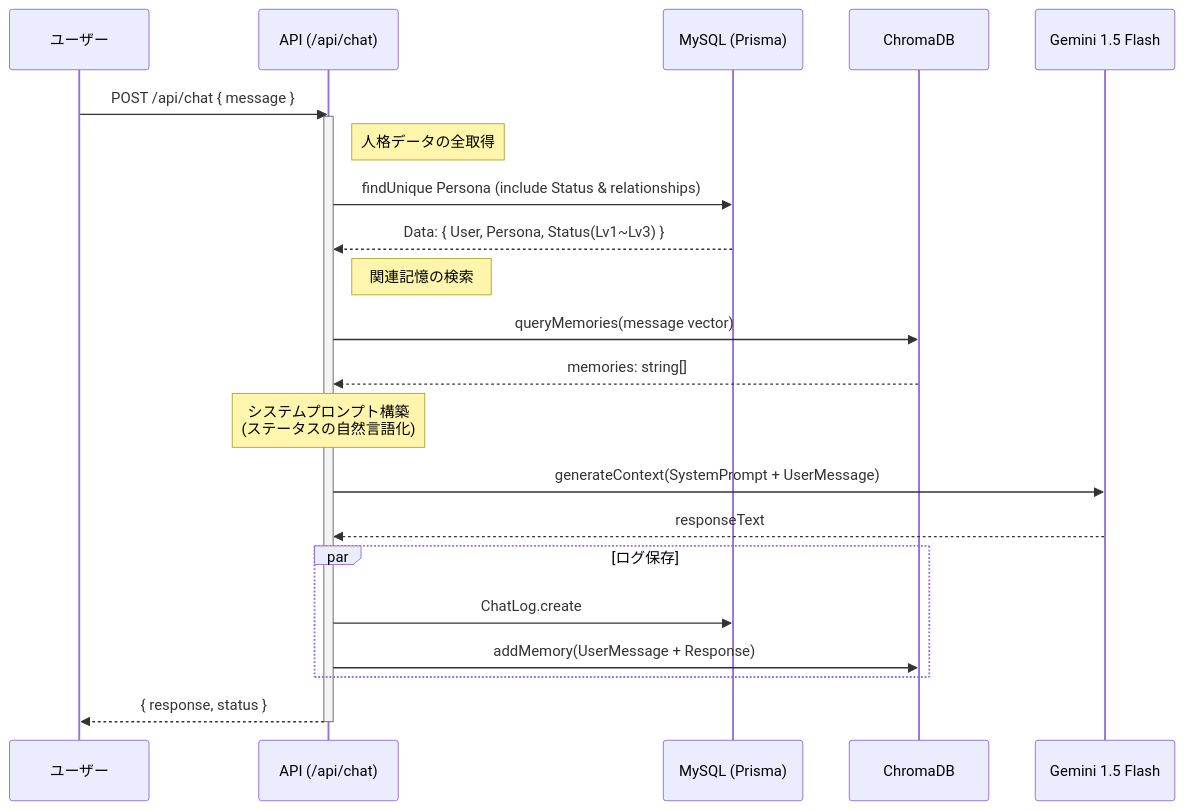
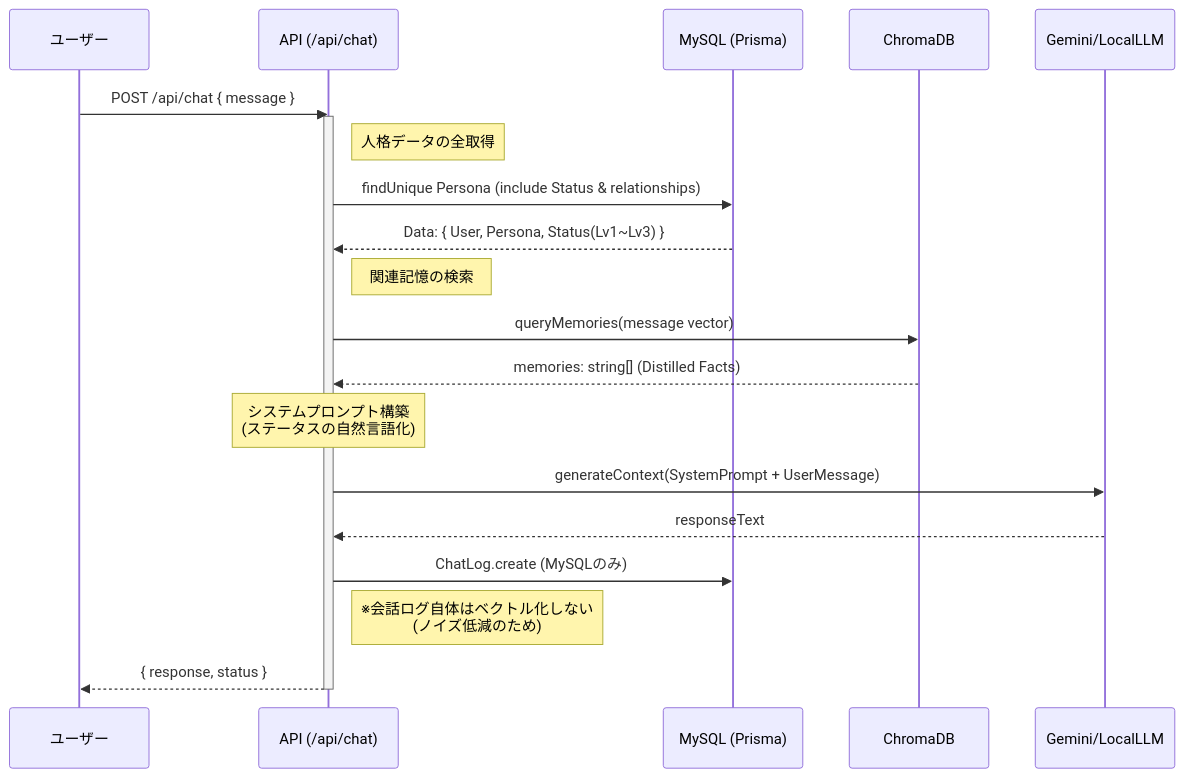
Before and after one commit to mshirai0327/self-reflection-chatbot: the first of 2 diagrams in docs/sequence.md, drawn with Mermaid. The commit also changed other lines of this file and 1 other file, not shown here.

First line of the commit message:
feat(reflection): enhance reflection process with memory distillation and updated docs

````diff
--- a/docs/sequence.md
+++ b/docs/sequence.md
@@ -11,37 +11,35 @@
 ```mermaid
 sequenceDiagram
     participant U as ユーザー
     participant API as API (/api/chat)
     participant DB as MySQL (Prisma)
     participant Vec as ChromaDB
-    participant LLM as Gemini 1.5 Flash
+    participant LLM as Gemini/LocalLLM
 
     U->>API: POST /api/chat { message }
     
     activate API
     %% 1. ステータス取得
     Note right of API: 人格データの全取得
     API->>DB: findUnique Persona (include Status & relationships)
     DB-->>API: Data: { User, Persona, Status(Lv1~Lv3) }
 
     %% 2. 記憶検索
     Note right of API: 関連記憶の検索
     API->>Vec: queryMemories(message vector)
-    Vec-->>API: memories: string[]
+    Vec-->>API: memories: string[] (Distilled Facts)
 
     %% 3. プロンプト構築
     Note over API: システムプロンプト構築<br/>(ステータスの自然言語化)
     
     %% 4. LLM生成
     API->>LLM: generateContext(SystemPrompt + UserMessage)
     LLM-->>API: responseText
 
-    %% 5. ログ保存 (非同期推奨)
-    par ログ保存
-        API->>DB: ChatLog.create
-        API->>Vec: addMemory(UserMessage + Response)
-    end
+    %% 5. ログ保存
+    API->>DB: ChatLog.create (MySQLのみ)
+    Note right of API: ※会話ログ自体はベクトル化しない<br/>(ノイズ低減のため)
 
     API-->>U: { response, status }
     deactivate API
 ```
````
